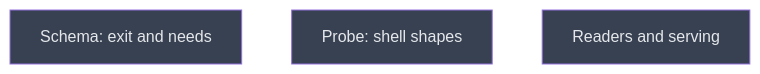
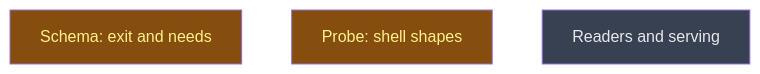
Before and after one commit to CrackingShells/Candler: the diagram in __roadmap__/run_context/README.md, drawn with Mermaid. The commit also changed other lines of this file and 1 other file, not shown here.

````diff
--- a/__roadmap__/run_context/README.md
+++ b/__roadmap__/run_context/README.md
@@ -22,11 +22,11 @@
 ```mermaid
 graph TD
-    schema_exit_needs[Schema: exit and needs]:::planned
-    probe_shell_shapes[Probe: shell shapes]:::planned
+    schema_exit_needs[Schema: exit and needs]:::inprogress
+    probe_shell_shapes[Probe: shell shapes]:::inprogress
     readers[Readers and serving]:::planned
     classDef done       fill:#166534,color:#bbf7d0
     classDef inprogress fill:#854d0e,color:#fef08a
     classDef planned    fill:#374151,color:#e5e7eb
     classDef amendment  fill:#1e3a5f,color:#bfdbfe
     classDef blocked    fill:#7f1d1d,color:#fecaca
 ```
````
